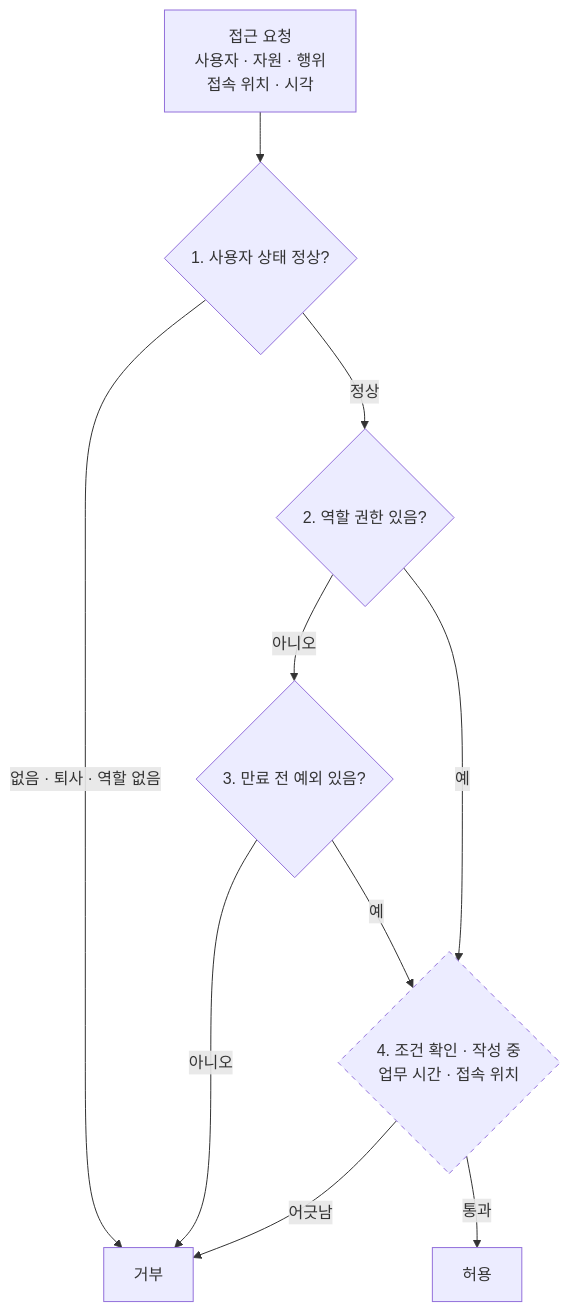
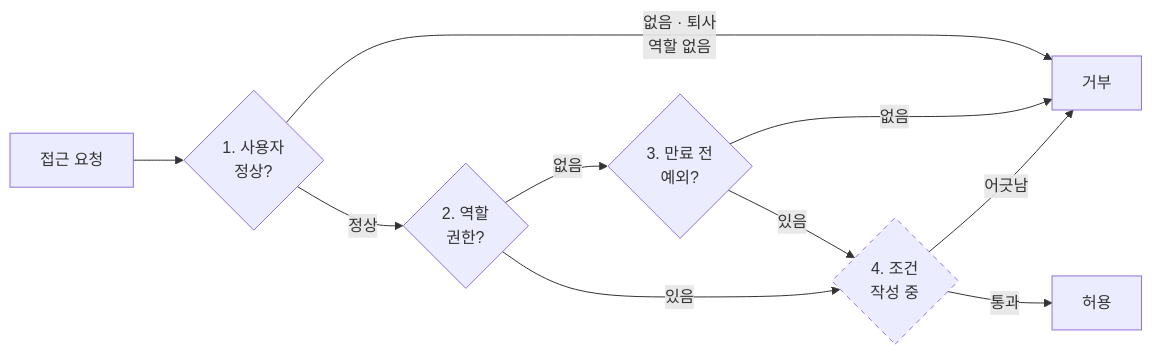
Before and after one commit to mdkk0220/security-agent-toolkit: the third of 4 diagrams in Readme.md, drawn with Mermaid. The commit also changed other lines of this file, not shown here.

````diff
--- a/Readme.md
+++ b/Readme.md
@@ -143,13 +143,13 @@
 ```mermaid
-flowchart TB
-    Q["접근 요청<br/>사용자 · 자원 · 행위<br/>접속 위치 · 시각"] --> U{"1. 사용자 상태 정상?"}
-    U -- "없음 · 퇴사 · 역할 없음" --> N["거부"]
-    U -- 정상 --> P{"2. 역할 권한 있음?"}
-    P -- 아니오 --> E{"3. 만료 전 예외 있음?"}
-    E -- 아니오 --> N
-    P -- 예 --> C{"4. 조건 확인 · 작성 중<br/>업무 시간 · 접속 위치"}
-    E -- 예 --> C
+flowchart LR
+    Q["접근 요청"] --> U{"1. 사용자<br/>정상?"}
+    U -- "없음 · 퇴사<br/>역할 없음" --> N["거부"]
+    U -- 정상 --> P{"2. 역할<br/>권한?"}
+    P -- 없음 --> E{"3. 만료 전<br/>예외?"}
+    E -- 없음 --> N
+    P -- 있음 --> C{"4. 조건<br/>작성 중"}
+    E -- 있음 --> C
     C -- 어긋남 --> N
     C -- 통과 --> Y["허용"]
     style C stroke-dasharray: 5 5
 ```
````
